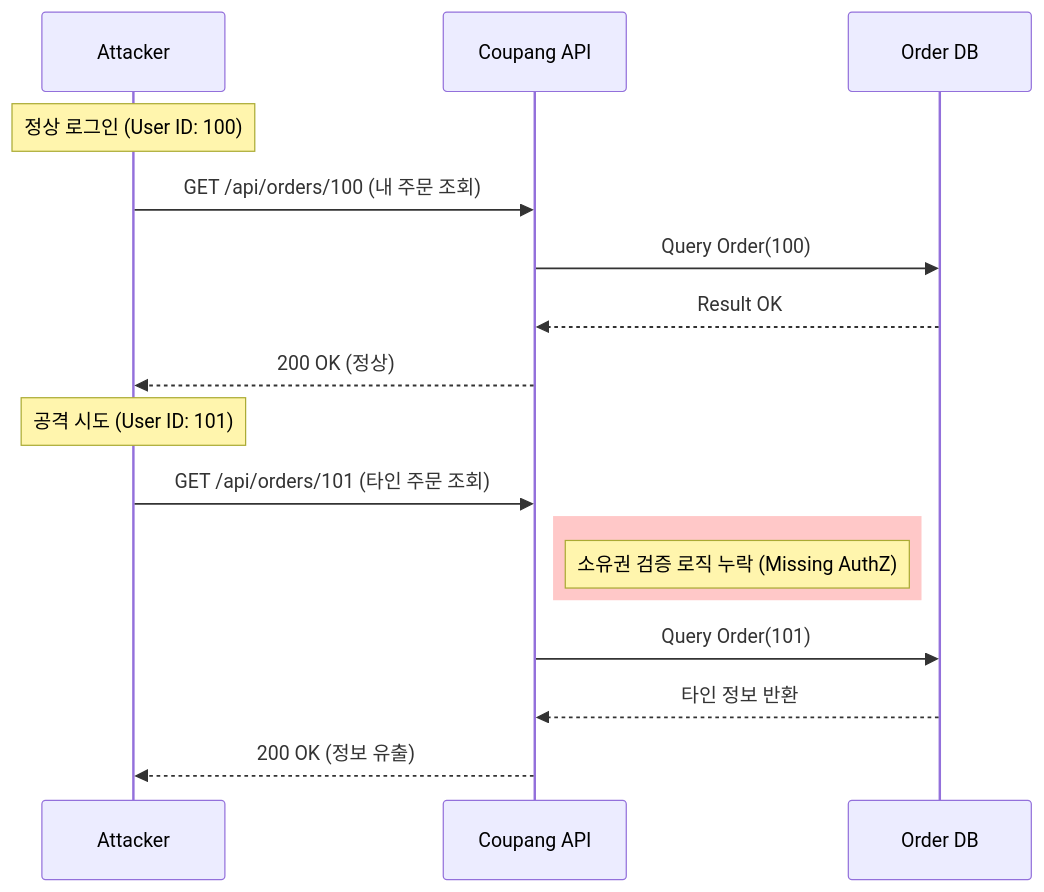
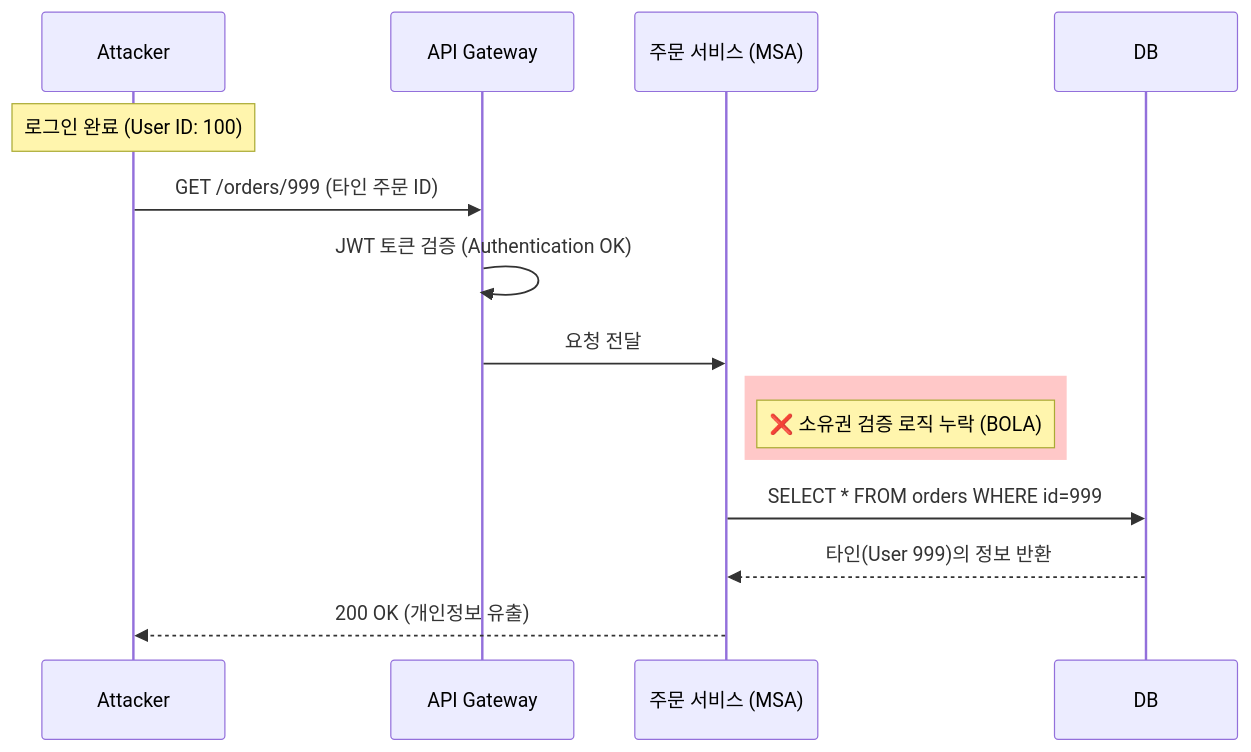
Before and after one commit to sportlight/sportlight.github.io: the first of 2 diagrams in _posts/2025-12-01-security-crisis-coupang-upbit.md, drawn with Mermaid. The commit also changed other lines of this file, not shown here.

````diff
--- a/_posts/2025-12-01-security-crisis-coupang-upbit.md
+++ b/_posts/2025-12-01-security-crisis-coupang-upbit.md
@@ -28,23 +62,20 @@
 ```mermaid
 sequenceDiagram
     participant Attacker
-    participant API as Coupang API
-    participant DB as Order DB
+    participant API_GW as API Gateway
+    participant OrderService as 주문 서비스 (MSA)
+    participant DB
 
-    Note over Attacker: 정상 로그인 (User ID: 100)
-    Attacker->>API: GET /api/orders/100 (내 주문 조회)
-    API->>DB: Query Order(100)
-    DB-->>API: Result OK
-    API-->>Attacker: 200 OK (정상)
-
-    Note over Attacker: 공격 시도 (User ID: 101)
-    Attacker->>API: GET /api/orders/101 (타인 주문 조회)
+    Note over Attacker: 로그인 완료 (User ID: 100)
+    Attacker->>API_GW: GET /orders/999 (타인 주문 ID)
+    API_GW->>API_GW: JWT 토큰 검증 (Authentication OK)
+    API_GW->>OrderService: 요청 전달
     
     rect rgb(255, 200, 200)
-    Note right of API: 소유권 검증 로직 누락 (Missing AuthZ)
+    Note right of OrderService: ❌ 소유권 검증 로직 누락 (BOLA)
     end
     
-    API->>DB: Query Order(101)
-    DB-->>API: 타인 정보 반환
-    API-->>Attacker: 200 OK (정보 유출)
+    OrderService->>DB: SELECT * FROM orders WHERE id=999
+    DB-->>OrderService: 타인(User 999)의 정보 반환
+    OrderService-->>Attacker: 200 OK (개인정보 유출)
 ```
````
